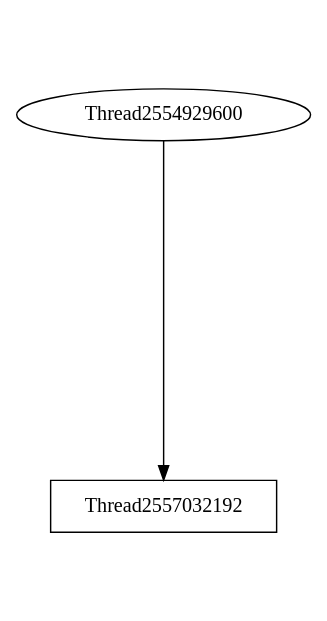
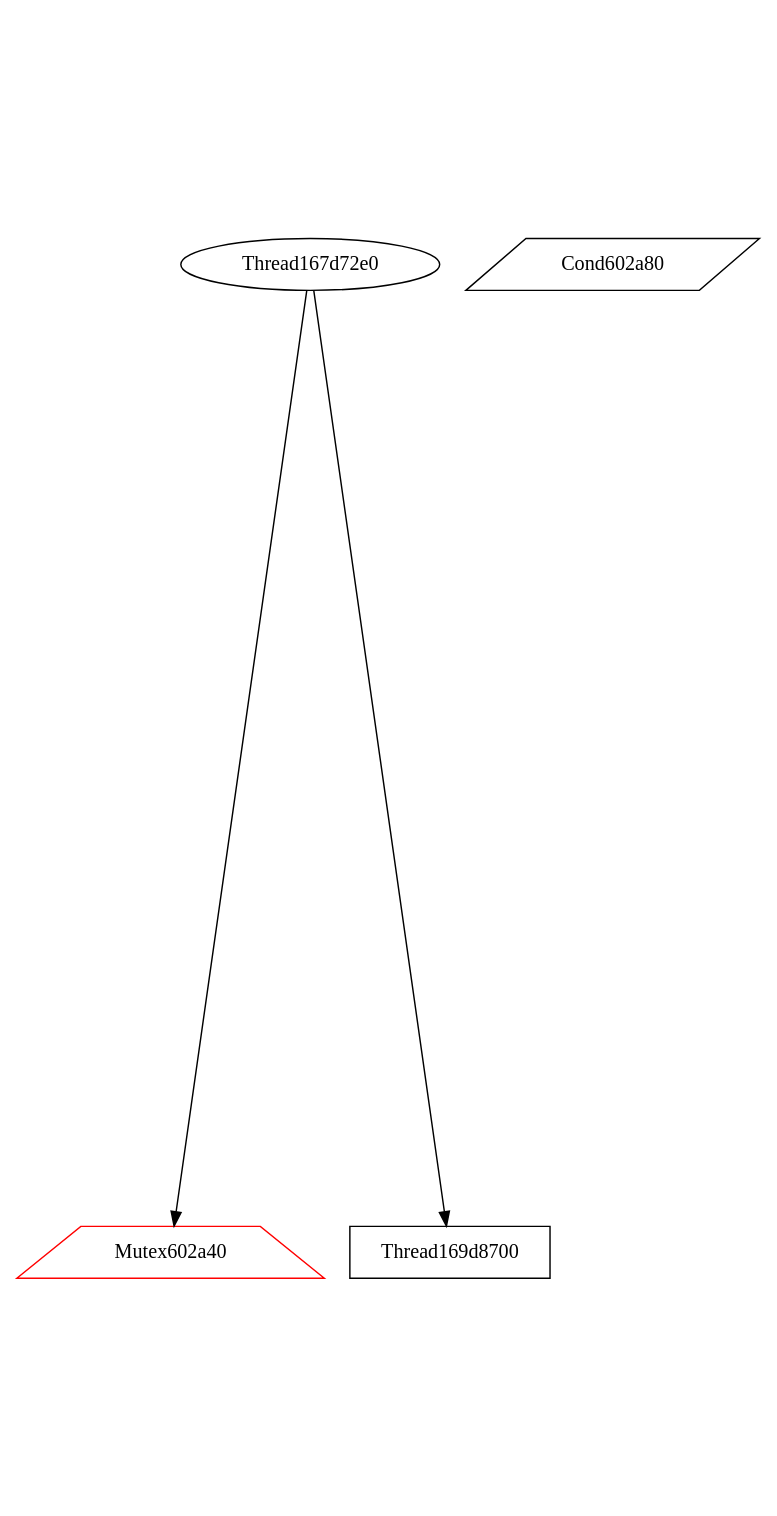
One commit to v4o6/cs410 changed the diagram in view/dot/graph033.dot. Above: the diagram before and after it, drawn with Graphviz. The commit also changed 200 other files, not shown here.

```diff
--- a/view/dot/graph033.dot
+++ b/view/dot/graph033.dot
@@ -1,5 +1,8 @@
 digraph G {
 graph[center=true, ratio=2];
-Thread2554929600 -> Thread2557032192 [arrowhead=normal];
-Thread2557032192 [shape=box,color=black];
+Mutex602a40 [shape=trapezium,color=red];
+Cond602a80 [shape=parallelogram,color=black];
+Thread169d8700 [shape=box,color=black];
+Thread167d72e0 -> Mutex602a40 [arrowhead=normal,color=black];
+Thread167d72e0 -> Thread169d8700 [arrowhead=normal];
 }
```
